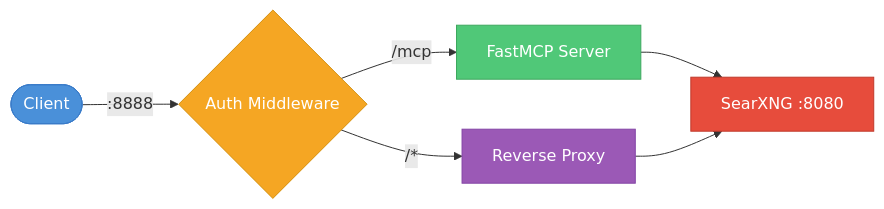
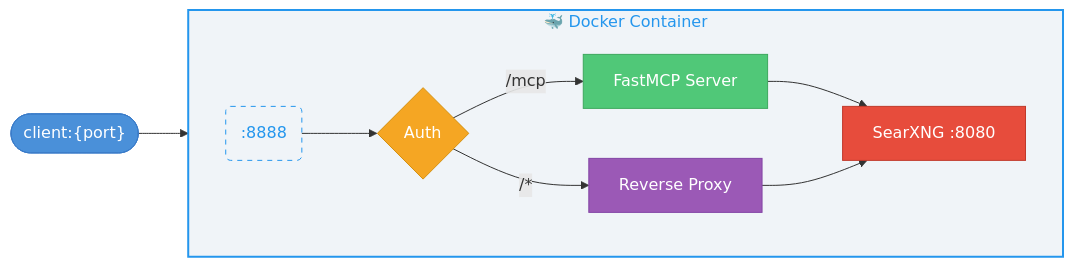
The diagram in README.md (whw23/searxng_http_mcp), drawn with Mermaid before and after one commit. The commit also changed other lines of this file and 3 other files, not shown here.

Commit message:
docs: update README with Codex, features, architecture, and comparison improvements

````diff
--- a/README.md
+++ b/README.md
@@ -69,14 +74,22 @@
 ```mermaid
 graph LR
-  Client([Client]) -->|:8888| Auth{Auth Middleware}
-  Auth -->|/mcp| MCP[FastMCP Server]
-  Auth -->|/*| Proxy[Reverse Proxy]
-  MCP --> SearXNG[SearXNG :8080]
-  Proxy --> SearXNG
+  Client(["client:{port}"]) --> Expose(":8888")
+
+  subgraph Container["🐳 Docker Container"]
+    direction LR
+    Expose --> Auth{Auth}
+    Auth -->|/mcp| MCP[FastMCP Server]
+    Auth -->|/*| Proxy[Reverse Proxy]
+    MCP --> SearXNG[SearXNG :8080]
+    Proxy --> SearXNG
+  end
+
+  style Expose fill:none,stroke:#2496ed,stroke-dasharray:5 5,color:#2496ed
 
   style Client fill:#4a90d9,color:#fff,stroke:#3a7bc8
+  style Container fill:#f0f4f8,stroke:#2496ed,stroke-width:2px,color:#2496ed
   style Auth fill:#f5a623,color:#fff,stroke:#d4900e
   style MCP fill:#50c878,color:#fff,stroke:#3da85e
   style Proxy fill:#9b59b6,color:#fff,stroke:#8344a5
   style SearXNG fill:#e74c3c,color:#fff,stroke:#c0392b
 ```
````
